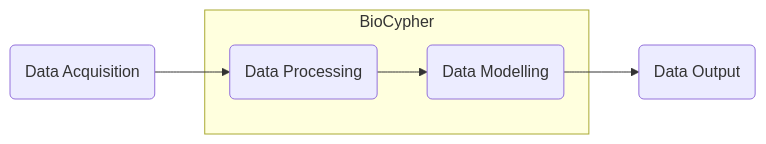
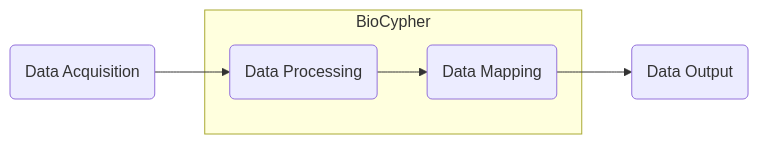
Before and after one commit to HealthECCO/community-resources: the second of 2 diagrams in README.md, drawn with Mermaid.

````diff
--- a/README.md
+++ b/README.md
@@ -12,9 +12,9 @@
 ```mermaid
   graph LR; 
       DA(Data Acquisition)-->DP(Data Processing);
       subgraph BioCypher
-        DP-->DM(Data Modelling);
+        DP-->DM(Data Mapping);
       end
       DM-->DO(Data Output);
     click DA "https://www.github.com"
 ```
````
